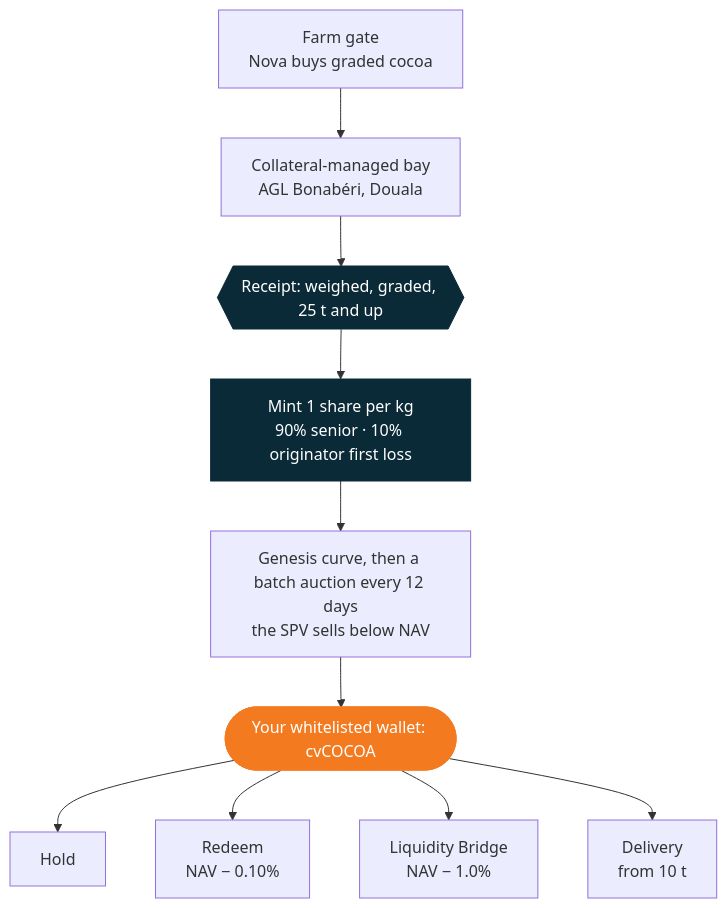
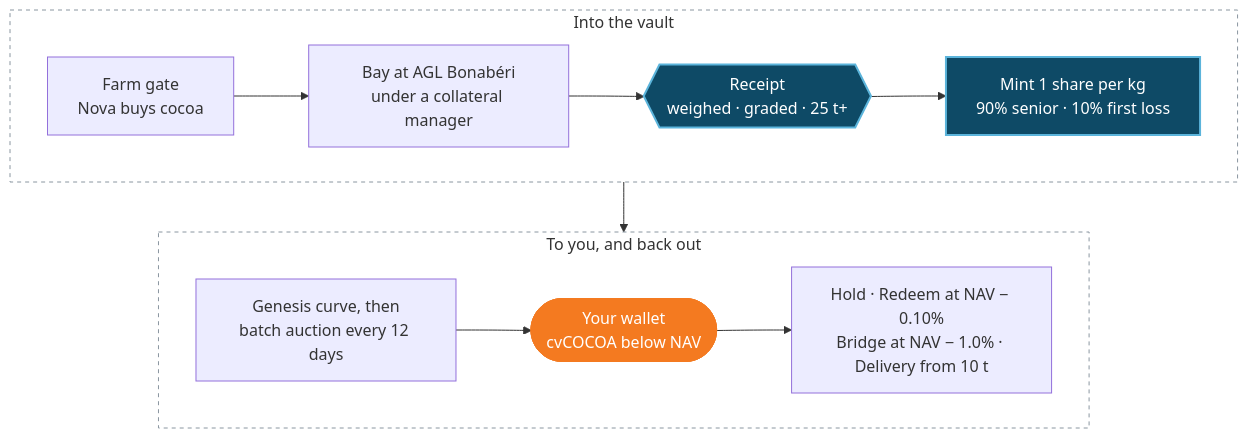
Before and after one commit to cargofinance/documentation: the diagram in index.mdx, drawn with Mermaid. The commit also changed 4 other files, not shown here.

First line of the commit message:
Widen diagrams and make them work in light and dark mode

````diff
--- a/index.mdx
+++ b/index.mdx
@@ -50,16 +50,18 @@
 ```mermaid
-flowchart TD
-    A["Farm gate<br/>Nova buys graded cocoa"] --> B["Collateral-managed bay<br/>AGL Bonabéri, Douala"]
-    B --> C{{"Receipt: weighed, graded, 25 t and up"}}
-    C --> D["Mint 1 share per kg<br/>90% senior · 10% originator first loss"]
-    D --> E["Genesis curve, then a batch auction every 12 days<br/>the SPV sells below NAV"]
-    E --> F(["Your whitelisted wallet: cvCOCOA"])
-    F --> G["Hold"]
-    F --> H["Redeem<br/>NAV − 0.10%"]
-    F --> I["Liquidity Bridge<br/>NAV − 1.0%"]
-    F --> J["Delivery<br/>from 10 t"]
-    classDef navy fill:#0B2A37,stroke:#0B2A37,color:#ffffff
-    classDef orange fill:#F47A20,stroke:#F47A20,color:#ffffff
-    class C,D navy
-    class F orange
+flowchart TB
+    subgraph IN["Into the vault"]
+        direction LR
+        A["Farm gate<br/>Nova buys cocoa"] --> B["Bay at AGL Bonabéri<br/>under a collateral manager"] --> C{{"Receipt<br/>weighed · graded · 25 t+"}} --> D["Mint 1 share per kg<br/>90% senior · 10% first loss"]
+    end
+    subgraph OUT["To you, and back out"]
+        direction LR
+        E["Genesis curve, then<br/>batch auction every 12 days"] --> F(["Your wallet<br/>cvCOCOA below NAV"]) --> X["Hold · Redeem at NAV − 0.10%<br/>Bridge at NAV − 1.0% · Delivery from 10 t"]
+    end
+    IN --> OUT
+    classDef key fill:#0E4A66,stroke:#5BB4DB,stroke-width:2px,color:#ffffff
+    classDef accent fill:#F47A20,stroke:#F47A20,color:#ffffff
+    class C,D key
+    class F accent
+    style IN fill:transparent,stroke:#8A96A0,stroke-dasharray:4 4
+    style OUT fill:transparent,stroke:#8A96A0,stroke-dasharray:4 4
 ```
````
